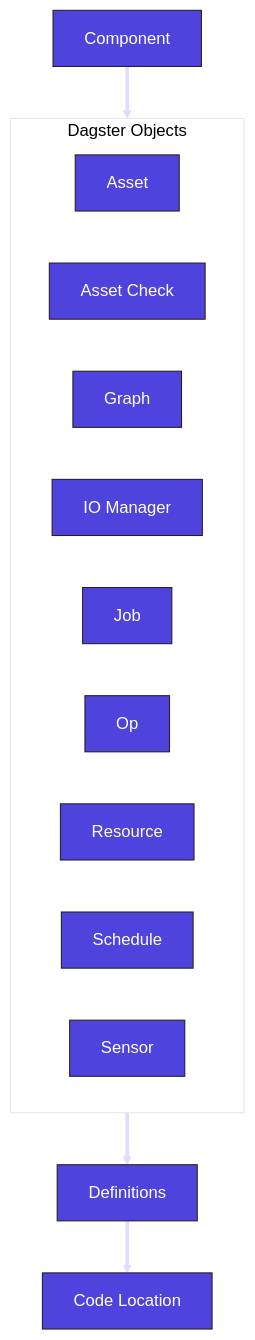
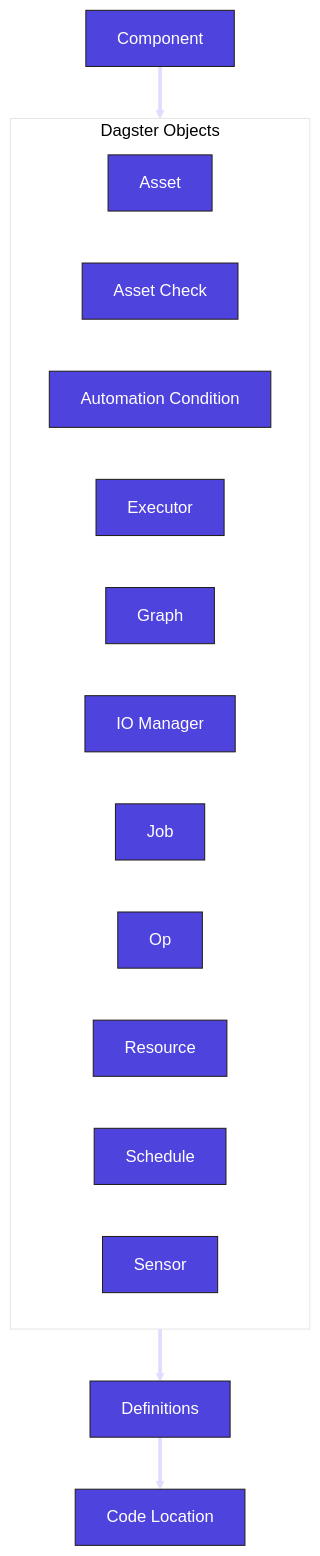
The first of 19 diagrams in workflow_automation___orchestration/general/dagster/docs/docs/getting-started/concepts.md (HIDORAKAI002/ai-workspace-archive), drawn with Mermaid before and after one commit. The commit also changed other lines of this file and 1446 other files, not shown here.

````diff
--- a/workflow_automation___orchestration/general/dagster/docs/docs/getting-started/concepts.md
+++ b/workflow_automation___orchestration/general/dagster/docs/docs/getting-started/concepts.md
@@ -8,32 +8,34 @@
 ```mermaid
 %%{
   init: {
     'theme': 'base',
     'themeVariables': {
       'primaryColor': '#4F43DD',
       'primaryTextColor': '#FFFFFF',
       'primaryBorderColor': '#231F1B',
       'lineColor': '#DEDDFF',
       'secondaryColor': '#BDBAB7',
       'tertiaryColor': '#FFFFFF'
     }
   }
 }%%
   graph TD
 
     subgraph DagsterObjects[Dagster Objects]
       Asset
       AssetCheck[Asset Check]
+      AutomationCondition[Automation Condition]
+      Executor
       Graph
       IOManager[IO Manager]
       Job
       Op
       Resource
       Schedule
       Sensor
     end
 
     Component ==> DagsterObjects[Dagster Objects]
     DagsterObjects ==> Definitions
     Definitions ==> CodeLocation[Code Location]
 ```
````
